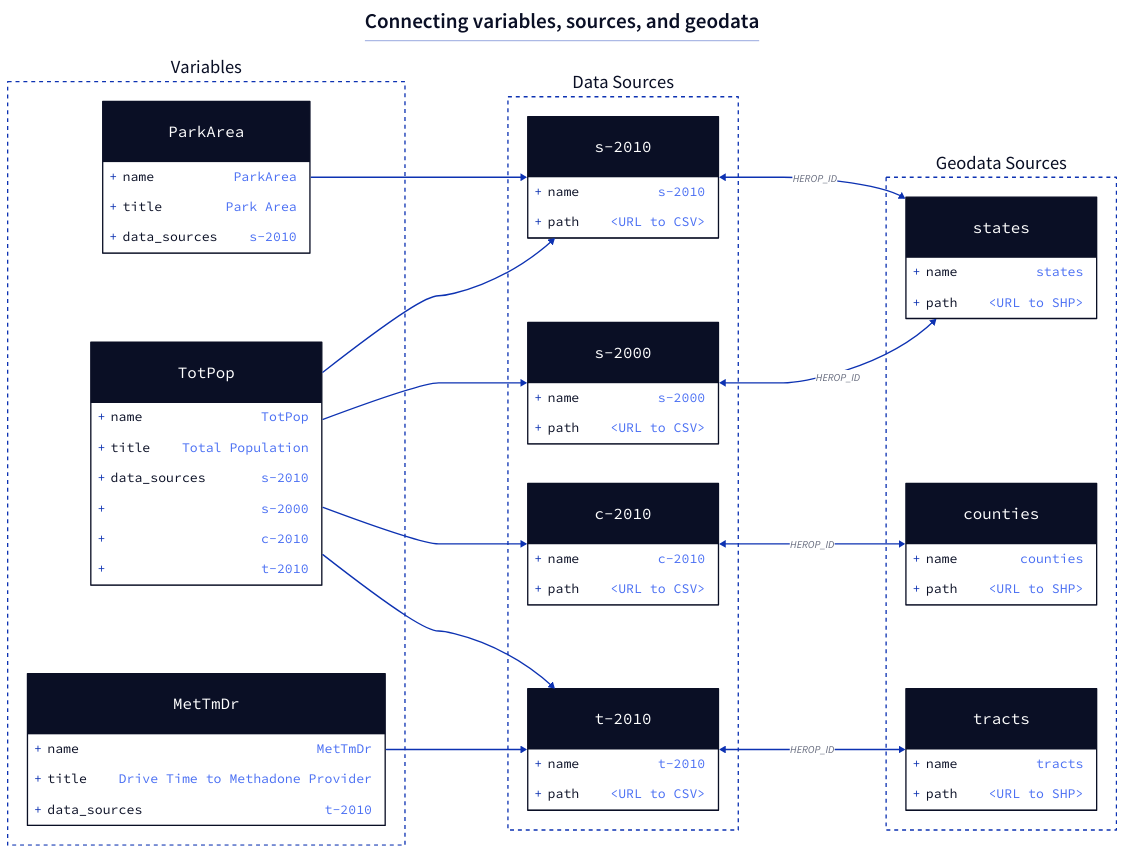
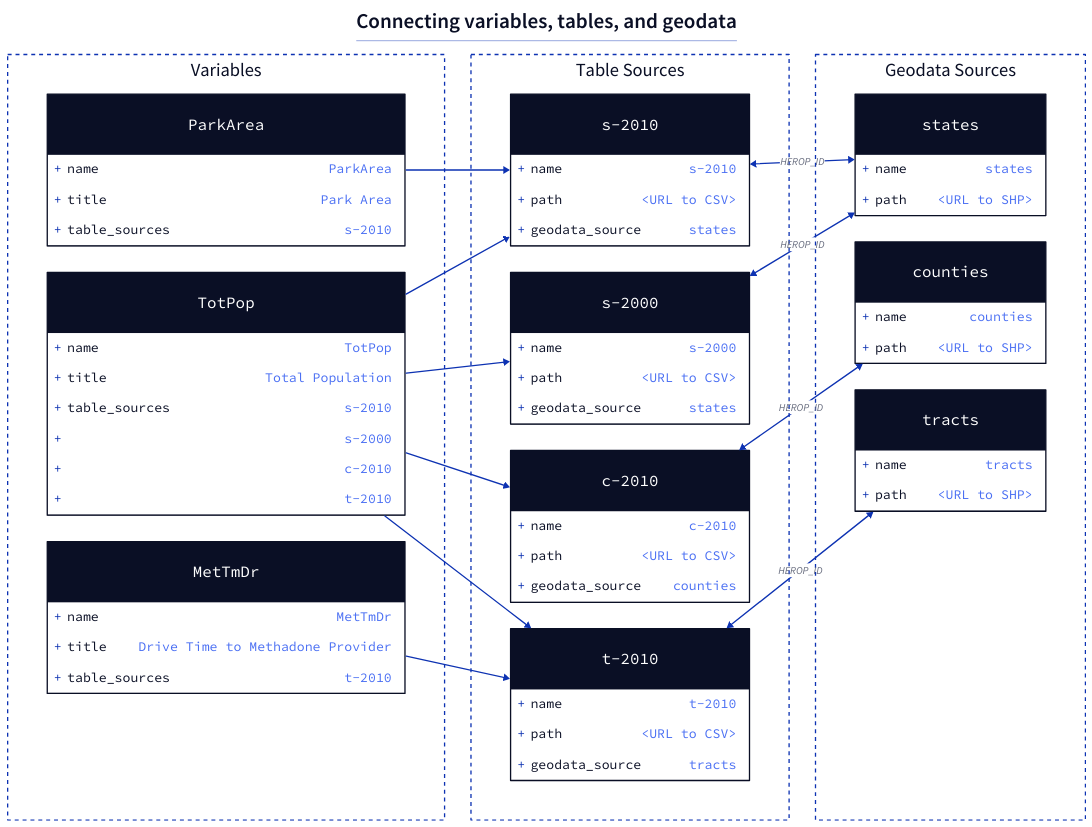
One commit to healthyregions/oeps changed the diagram in docs/img/registry-complex.d2. Above: the diagram before and after it, drawn with D2. The commit also changed 4 other files, not shown here.

```diff
--- a/docs/img/registry-complex.d2
+++ b/docs/img/registry-complex.d2
@@ -1,100 +1,106 @@
 # render with --pad 25
 direction: right
+grid-columns: 3
 classes: {
     container: {
         style: {
             fill: transparent
             stroke-dash: 3
         }
     }
 }
 title: |md
 
-  # Connecting variables, sources, and geodata
+  # Connecting variables, tables, and geodata
 | {near: top-center}
 
 v: Variables {
     class: container
+    grid-rows: 3
 }
-s: Data Sources {
+t: Table Sources {
     class: container
+    grid-rows: 4
 }
 g: Geodata Sources {
     class: container
+    grid-rows: 3
 }
 
 v.ParkArea: {
     shape: class
     name: ParkArea
     title: Park Area
-    data_sources: s-2010
+    table_sources: s-2010
 }
 
 v.TotPop: {
     shape: class
     name: TotPop
     title: Total Population
-    data_sources: s-2010
+    table_sources: s-2010
     "": s-2000
     " ": c-2010
     "  ": t-2010
 }
 
 v.MetTmDr: {
     shape: class
     name: MetTmDr
     title: Drive Time to Methadone Provider
-    data_sources: t-2010
+    table_sources: t-2010
 }
 
-s.s-2010: {
+t.s-2010: {
     shape: class
     name: s-2010
     path: <URL to CSV>
+    geodata_source: states
 
 }
-s.s-2000: {
+t.s-2000: {
     shape: class
     name: s-2000
     path: <URL to CSV>
-
+    geodata_source: states
 }
-s.c-2010: {
+t.c-2010: {
     shape: class
     name: c-2010
     path: <URL to CSV>
-
+    geodata_source: counties
 }
-s.t-2010: {
+t.t-2010: {
     shape: class
     name: t-2010
     path: <URL to CSV>
+    geodata_source: tracts
 }
 
 g.s: states {
     shape: class
     name: states
     path: <URL to SHP>
 }
 g.c: counties {
     shape: class
     name: counties
     path: <URL to SHP>
 }
 g.t: tracts {
     shape: class
     name: tracts
     path: <URL to SHP>
 }
 
-s.s-2010 <-> g.s: HEROP_ID
-s.s-2000 <-> g.s: HEROP_ID
-s.c-2010 <-> g.c: HEROP_ID
-s.t-2010 <-> g.t: HEROP_ID
+t.s-2010 <-> g.s: HEROP_ID
+t.s-2000 <-> g.s: HEROP_ID
+t.c-2010 <-> g.c: HEROP_ID
+t.t-2010 <-> g.t: HEROP_ID
 
-v.ParkArea -> s.s-2010
-v.TotPop -> s.s-2010
-v.TotPop -> s.s-2000
-v.TotPop -> s.c-2010
-v.TotPop -> s.t-2010
-v.MetTmDr -> s.t-2010
+v.ParkArea -> t.s-2010
+v.TotPop -> t.s-2010
+v.TotPop -> t.s-2000
+v.TotPop -> t.c-2010
+v.TotPop -> t.t-2010
+v.MetTmDr -> t.t-2010
```
